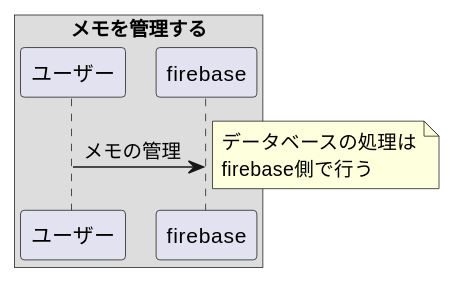
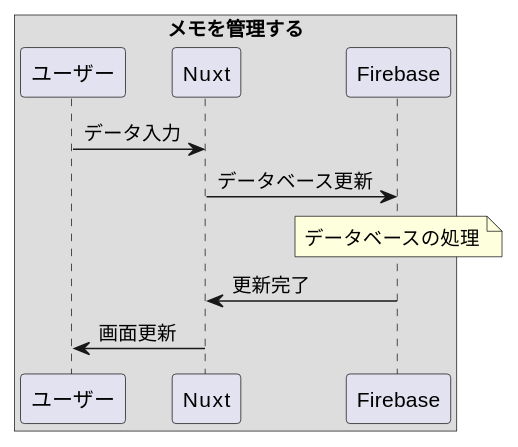
The fifth of 6 diagrams in 01_memo-app/3_実装用の図.md (zakzakst/object-oriented-practice), drawn with PlantUML before and after one commit. The commit also changed other lines of this file, not shown here.

Commit message:
練習1：メモアプリ（実装用の図追加）

````diff
--- a/01_memo-app/3_実装用の図.md
+++ b/01_memo-app/3_実装用の図.md
@@ -59,8 +71,11 @@
 ```puml
 @startuml
 box メモを管理する
-ユーザー -> firebase: メモの管理
-note right : データベースの処理は\nfirebase側で行う
+ユーザー -> Nuxt : データ入力
+Nuxt -> Firebase : データベース更新
+note over Firebase : データベースの処理
+Firebase -> Nuxt : 更新完了
+Nuxt -> ユーザー : 画面更新
 end box
 @enduml
 ```
````
